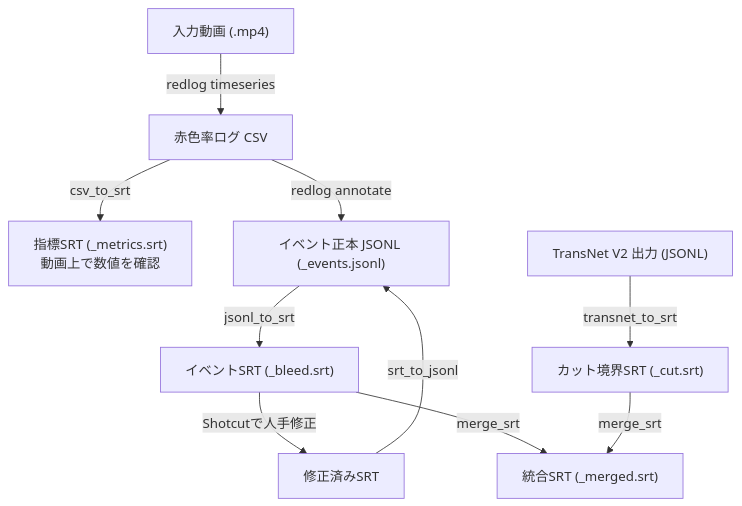
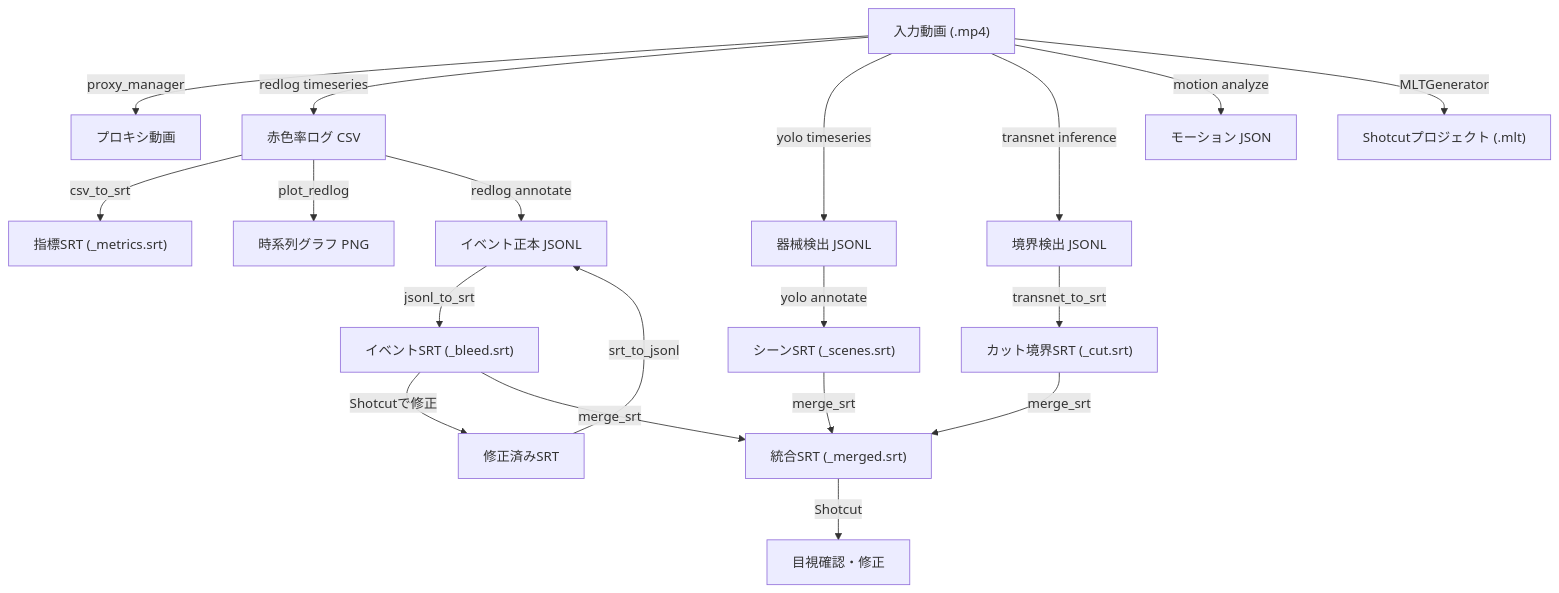
One commit to Masa-Kawa/Video_image_analyzer changed the diagram in docs/ai_agent_summary.md. Above: the diagram before and after it, drawn with Mermaid. The commit also changed other lines of this file and 30 other files, not shown here.

````diff
--- a/docs/ai_agent_summary.md
+++ b/docs/ai_agent_summary.md
@@ -16,16 +57,26 @@
 ```mermaid
 graph TD
-    Video["入力動画 (.mp4)"] -->|"redlog timeseries"| CSV["赤色率ログ CSV"]
+    Video["入力動画 (.mp4)"] -->|"proxy_manager"| Proxy["プロキシ動画"]
+    Video -->|"redlog timeseries"| CSV["赤色率ログ CSV"]
+    Video -->|"yolo timeseries"| YoloJSONL["器械検出 JSONL"]
+    Video -->|"transnet inference"| TransJSONL["境界検出 JSONL"]
+    Video -->|"motion analyze"| MotionJSON["モーション JSON"]
 
-    CSV -->|"csv_to_srt"| MetricsSRT["指標SRT (_metrics.srt)<br>動画上で数値を確認"]
-    CSV -->|"redlog annotate"| JSONL["イベント正本 JSONL (_events.jsonl)"]
+    CSV -->|"csv_to_srt"| MetricsSRT["指標SRT (_metrics.srt)"]
+    CSV -->|"plot_redlog"| Plot["時系列グラフ PNG"]
+    CSV -->|"redlog annotate"| JSONL["イベント正本 JSONL"]
+
+    YoloJSONL -->|"yolo annotate"| ScenesSRT["シーンSRT (_scenes.srt)"]
+    TransJSONL -->|"transnet_to_srt"| CutSRT["カット境界SRT (_cut.srt)"]
 
     JSONL -->|"jsonl_to_srt"| EventSRT["イベントSRT (_bleed.srt)"]
-    EventSRT -->|"Shotcutで人手修正"| EditedSRT["修正済みSRT"]
+    EventSRT -->|"Shotcutで修正"| EditedSRT["修正済みSRT"]
     EditedSRT -->|"srt_to_jsonl"| JSONL
-
-    TransNet["TransNet V2 出力 (JSONL)"] -->|"transnet_to_srt"| CutSRT["カット境界SRT (_cut.srt)"]
 
     EventSRT -->|"merge_srt"| MergedSRT["統合SRT (_merged.srt)"]
     CutSRT -->|"merge_srt"| MergedSRT
+    ScenesSRT -->|"merge_srt"| MergedSRT
+
+    MergedSRT -->|"Shotcut"| Review["目視確認・修正"]
+    Video -->|"MLTGenerator"| MLT["Shotcutプロジェクト (.mlt)"]
 ```
````
